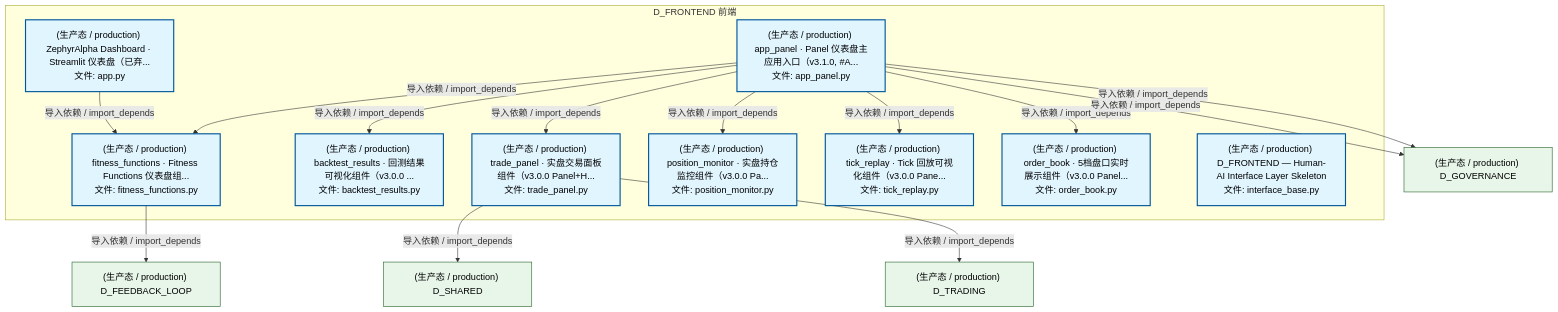
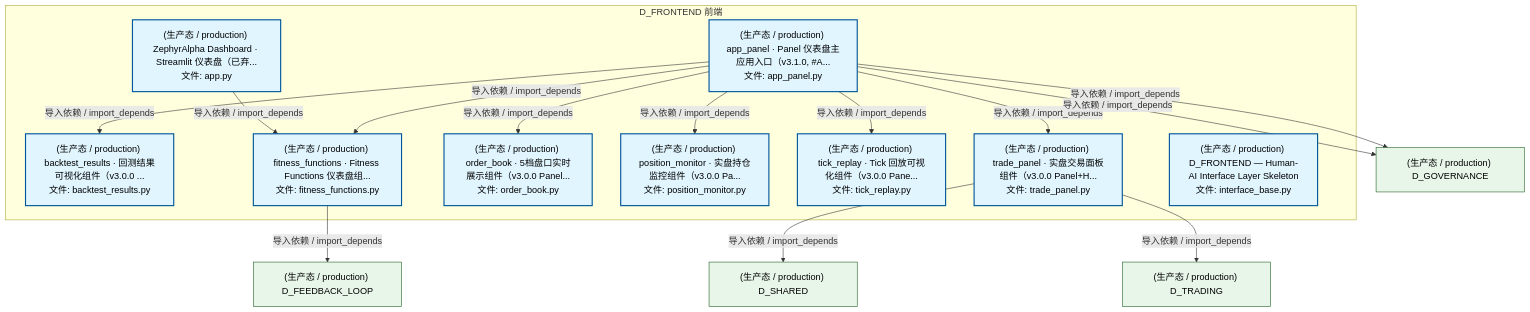
One commit to xuanFelixVan/ZephyrAlpha changed the second of 5 diagrams in docs/02_enterprise_architecture/02_domain_architecture_docs/15_d_frontend.md. Above: the diagram before and after it, drawn with Mermaid. The commit also changed other lines of this file and 102 other files, not shown here.

````diff
--- a/docs/02_enterprise_architecture/02_domain_architecture_docs/15_d_frontend.md
+++ b/docs/02_enterprise_architecture/02_domain_architecture_docs/15_d_frontend.md
@@ -165,36 +165,36 @@
 ```mermaid
 graph TD
     subgraph D_FRONTEND["D_FRONTEND 前端"]
         src_zephyr_frontend_dashboard_app_py["(生产态 / production) ZephyrAlpha Dashboard · Streamlit 仪表盘（已弃...<br/>文件: app.py"]
         src_zephyr_frontend_dashboard_app_panel_py["(生产态 / production) app_panel · Panel 仪表盘主应用入口（v3.1.0, #A...<br/>文件: app_panel.py"]
         src_zephyr_frontend_dashboard_components_backtest_results_py["(生产态 / production) backtest_results · 回测结果可视化组件（v3.0.0 ...<br/>文件: backtest_results.py"]
         src_zephyr_frontend_dashboard_components_fitness_functions_py["(生产态 / production) fitness_functions · Fitness Functions 仪表盘组...<br/>文件: fitness_functions.py"]
         src_zephyr_frontend_dashboard_components_order_book_py["(生产态 / production) order_book · 5档盘口实时展示组件（v3.0.0 Panel...<br/>文件: order_book.py"]
         src_zephyr_frontend_dashboard_components_position_monitor_py["(生产态 / production) position_monitor · 实盘持仓监控组件（v3.0.0 Pa...<br/>文件: position_monitor.py"]
         src_zephyr_frontend_dashboard_components_tick_replay_py["(生产态 / production) tick_replay · Tick 回放可视化组件（v3.0.0 Pane...<br/>文件: tick_replay.py"]
         src_zephyr_frontend_dashboard_components_trade_panel_py["(生产态 / production) trade_panel · 实盘交易面板组件（v3.0.0 Panel+H...<br/>文件: trade_panel.py"]
         src_zephyr_frontend_interface_base_py["(生产态 / production) D_FRONTEND — Human-AI Interface Layer Skeleton<br/>文件: interface_base.py"]
     end
     src_zephyr_frontend_dashboard_app_py -->|导入依赖 / import_depends| src_zephyr_frontend_dashboard_components_fitness_functions_py
+    src_zephyr_frontend_dashboard_app_panel_py -->|导入依赖 / import_depends| src_zephyr_frontend_dashboard_components_backtest_results_py
     src_zephyr_frontend_dashboard_app_panel_py -->|导入依赖 / import_depends| src_zephyr_frontend_dashboard_components_fitness_functions_py
-    src_zephyr_frontend_dashboard_app_panel_py -->|导入依赖 / import_depends| src_zephyr_frontend_dashboard_components_backtest_results_py
+    src_zephyr_frontend_dashboard_app_panel_py -->|导入依赖 / import_depends| src_zephyr_frontend_dashboard_components_tick_replay_py
+    src_zephyr_frontend_dashboard_app_panel_py -->|导入依赖 / import_depends| src_zephyr_frontend_dashboard_components_position_monitor_py
+    src_zephyr_frontend_dashboard_app_panel_py -->|导入依赖 / import_depends| src_zephyr_frontend_dashboard_components_order_book_py
     src_zephyr_frontend_dashboard_app_panel_py -->|导入依赖 / import_depends| src_zephyr_frontend_dashboard_components_trade_panel_py
-    src_zephyr_frontend_dashboard_app_panel_py -->|导入依赖 / import_depends| src_zephyr_frontend_dashboard_components_position_monitor_py
-    src_zephyr_frontend_dashboard_app_panel_py -->|导入依赖 / import_depends| src_zephyr_frontend_dashboard_components_tick_replay_py
-    src_zephyr_frontend_dashboard_app_panel_py -->|导入依赖 / import_depends| src_zephyr_frontend_dashboard_components_order_book_py
     D_GOVERNANCE["(生产态 / production) D_GOVERNANCE"]
     src_zephyr_frontend_dashboard_app_panel_py -->|导入依赖 / import_depends| D_GOVERNANCE
     D_FEEDBACK_LOOP["(生产态 / production) D_FEEDBACK_LOOP"]
     src_zephyr_frontend_dashboard_components_fitness_functions_py -->|导入依赖 / import_depends| D_FEEDBACK_LOOP
     D_SHARED["(生产态 / production) D_SHARED"]
     src_zephyr_frontend_dashboard_components_trade_panel_py -->|导入依赖 / import_depends| D_SHARED
     src_zephyr_frontend_dashboard_app_panel_py -->|导入依赖 / import_depends| D_GOVERNANCE
     D_TRADING["(生产态 / production) D_TRADING"]
     src_zephyr_frontend_dashboard_components_trade_panel_py -->|导入依赖 / import_depends| D_TRADING
     classDef production fill:#e1f5fe,stroke:#01579b,stroke-width:2px,color:#000
     classDef design fill:#fff3e0,stroke:#e65100,stroke-width:2px,color:#000,stroke-dasharray: 5 5
     classDef external_prod fill:#e8f5e9,stroke:#1b5e20,stroke-width:1px,color:#000
     classDef external_design fill:#fce4ec,stroke:#880e4f,stroke-width:1px,color:#000,stroke-dasharray: 5 5
     class src_zephyr_frontend_dashboard_app_py,src_zephyr_frontend_dashboard_app_panel_py,src_zephyr_frontend_dashboard_components_backtest_results_py,src_zephyr_frontend_dashboard_components_fitness_functions_py,src_zephyr_frontend_dashboard_components_order_book_py,src_zephyr_frontend_dashboard_components_position_monitor_py,src_zephyr_frontend_dashboard_components_tick_replay_py,src_zephyr_frontend_dashboard_components_trade_panel_py,src_zephyr_frontend_interface_base_py production
     class D_GOVERNANCE,D_FEEDBACK_LOOP,D_SHARED,D_TRADING external_prod
 ```
````
